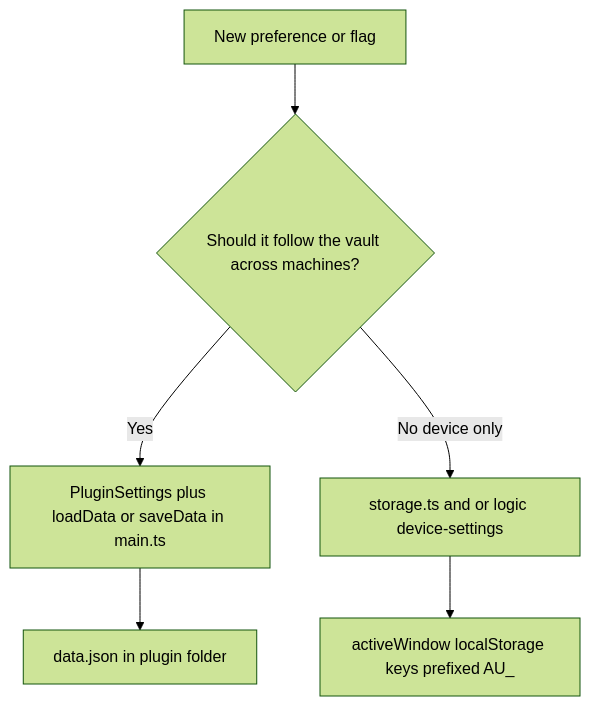
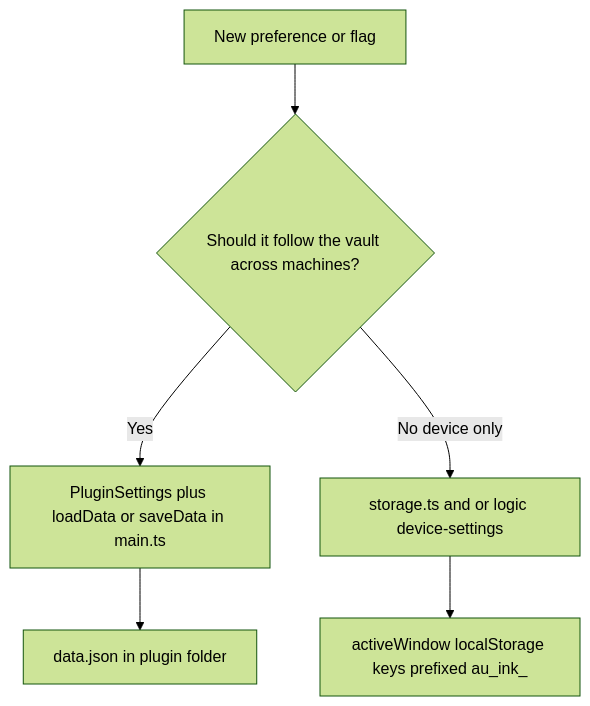
Before and after one commit to daledesilva/obsidian_ink: the first of 2 diagrams in docs/plugin-memory-and-persistence.md, drawn with Mermaid (forest theme). The commit also changed other lines of this file and 12 other files, not shown here.

Commit message:
Update local storage prefix from `AU_` to `au_ink_` in documentation, constants, and utility functions. Adjusted related tests and helper functions to ensure consistency with the new prefix.

````diff
--- a/docs/plugin-memory-and-persistence.md
+++ b/docs/plugin-memory-and-persistence.md
@@ -28,9 +28,9 @@
 ```mermaid
 flowchart TD
   Q[New preference or flag]
   Q --> SyncQ{Should it follow the vault across machines?}
   SyncQ -->|Yes| PluginSettings[PluginSettings plus loadData or saveData in main.ts]
   SyncQ -->|No device only| DeviceStore[storage.ts and or logic device-settings]
   PluginSettings --> DataJson[data.json in plugin folder]
-  DeviceStore --> LS[activeWindow localStorage keys prefixed AU_]
+  DeviceStore --> LS[activeWindow localStorage keys prefixed au_ink_]
 ```
````
